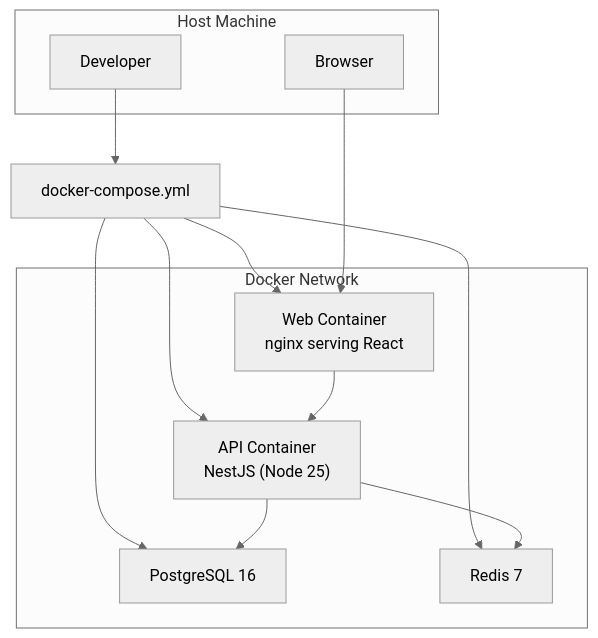
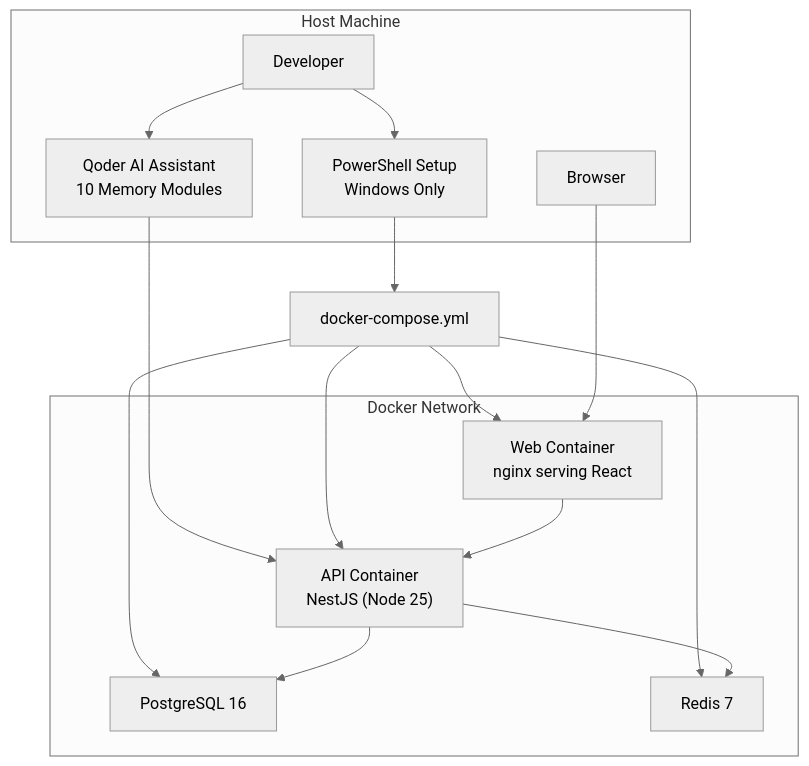
Before and after one commit to BAS-More/Quiz2Biz: the second of 4 diagrams in .qoder/repowiki/en/content/Development Guide/Environment Setup.md, drawn with Mermaid (neutral theme). The commit also changed other lines of this file and 3 other files, not shown here.

````diff
--- a/.qoder/repowiki/en/content/Development Guide/Environment Setup.md
+++ b/.qoder/repowiki/en/content/Development Guide/Environment Setup.md
@@ -87,22 +116,27 @@
 ```mermaid
 graph TB
 subgraph "Host Machine"
 Dev["Developer"]
 Browser["Browser"]
+PS["PowerShell Setup<br/>Windows Only"]
+QB["Qoder AI Assistant<br/>10 Memory Modules"]
 end
 subgraph "Docker Network"
 API["API Container<br/>NestJS (Node 25)"]
 WEB["Web Container<br/>nginx serving React"]
 DB["PostgreSQL 16"]
 CACHE["Redis 7"]
 end
-Dev --> DC["docker-compose.yml"]
+Dev --> PS
+Dev --> QB
+PS --> DC["docker-compose.yml"]
+QB --> API
 DC --> API
 DC --> WEB
 DC --> DB
 DC --> CACHE
 Browser --> WEB
 WEB --> API
 API --> DB
 API --> CACHE
 ```
````
